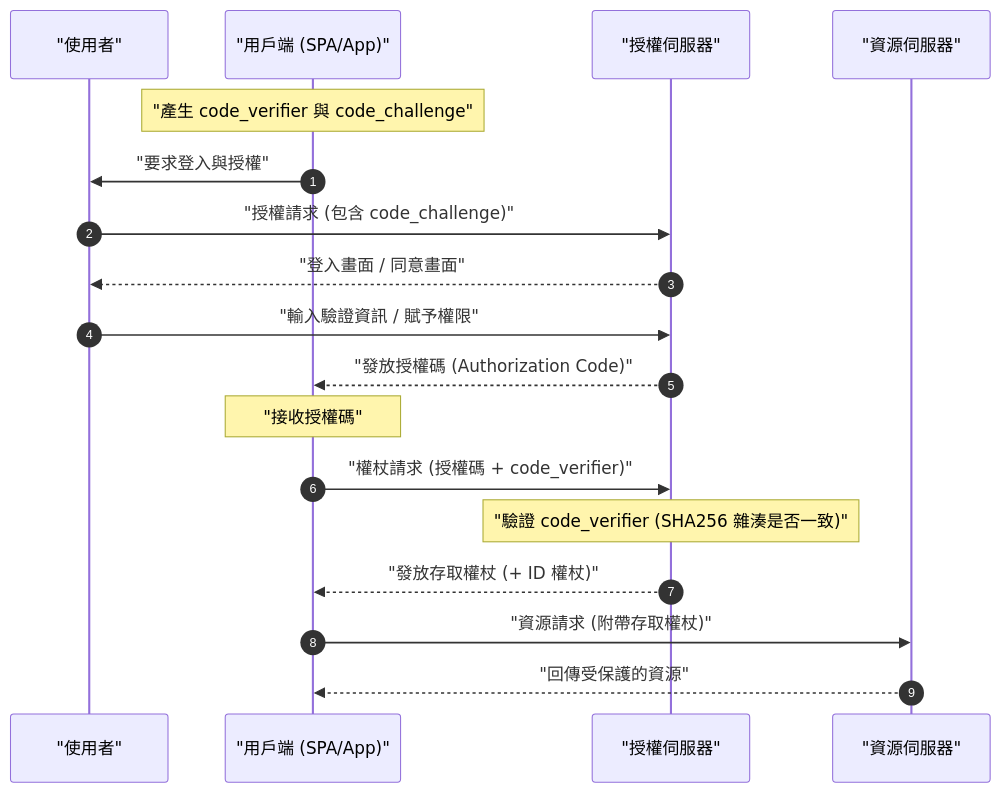
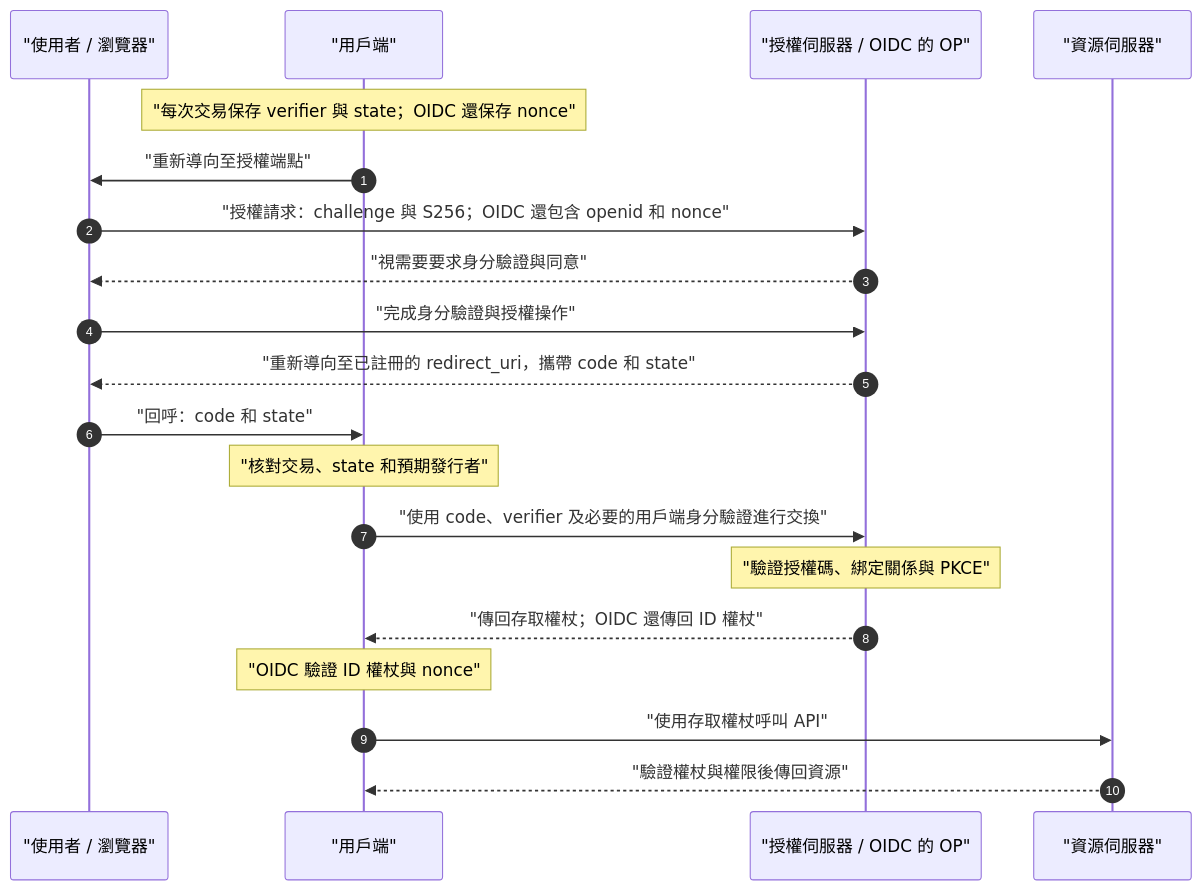
One commit to kenjinote/blog changed the diagram in content/post/oauth2-oidc-authentication-authorization-difference/index.zh-tw.md. Above: the diagram before and after it, drawn with Mermaid. The commit also changed other lines of this file and 7 other files, not shown here.

````diff
--- a/content/post/oauth2-oidc-authentication-authorization-difference/index.zh-tw.md
+++ b/content/post/oauth2-oidc-authentication-authorization-difference/index.zh-tw.md
@@ -90,21 +91,22 @@
 ```mermaid
 sequenceDiagram
     autonumber
-    participant U as "使用者"
-    participant C as "用戶端 (SPA/App)"
-    participant AS as "授權伺服器"
+    participant U as "使用者 / 瀏覽器"
+    participant C as "用戶端"
+    participant AS as "授權伺服器 / OIDC 的 OP"
     participant RS as "資源伺服器"
-
-    Note over C: "產生 code_verifier 與 code_challenge"
-    C->>U: "要求登入與授權"
-    U->>AS: "授權請求 (包含 code_challenge)"
-    AS-->>U: "登入畫面 / 同意畫面"
-    U->>AS: "輸入驗證資訊 / 賦予權限"
-    AS-->>C: "發放授權碼 (Authorization Code)"
-    Note over C: "接收授權碼"
-    C->>AS: "權杖請求 (授權碼 + code_verifier)"
-    Note over AS: "驗證 code_verifier (SHA256 雜湊是否一致)"
-    AS-->>C: "發放存取權杖 (+ ID 權杖)"
-    C->>RS: "資源請求 (附帶存取權杖)"
-    RS-->>C: "回傳受保護的資源"
+    Note over C: "每次交易保存 verifier 與 state；OIDC 還保存 nonce"
+    C->>U: "重新導向至授權端點"
+    U->>AS: "授權請求：challenge 與 S256；OIDC 還包含 openid 和 nonce"
+    AS-->>U: "視需要要求身分驗證與同意"
+    U->>AS: "完成身分驗證與授權操作"
+    AS-->>U: "重新導向至已註冊的 redirect_uri，攜帶 code 和 state"
+    U->>C: "回呼：code 和 state"
+    Note over C: "核對交易、state 和預期發行者"
+    C->>AS: "使用 code、verifier 及必要的用戶端身分驗證進行交換"
+    Note over AS: "驗證授權碼、綁定關係與 PKCE"
+    AS-->>C: "傳回存取權杖；OIDC 還傳回 ID 權杖"
+    Note over C: "OIDC 驗證 ID 權杖與 nonce"
+    C->>RS: "使用存取權杖呼叫 API"
+    RS-->>C: "驗證權杖與權限後傳回資源"
 ```
````
